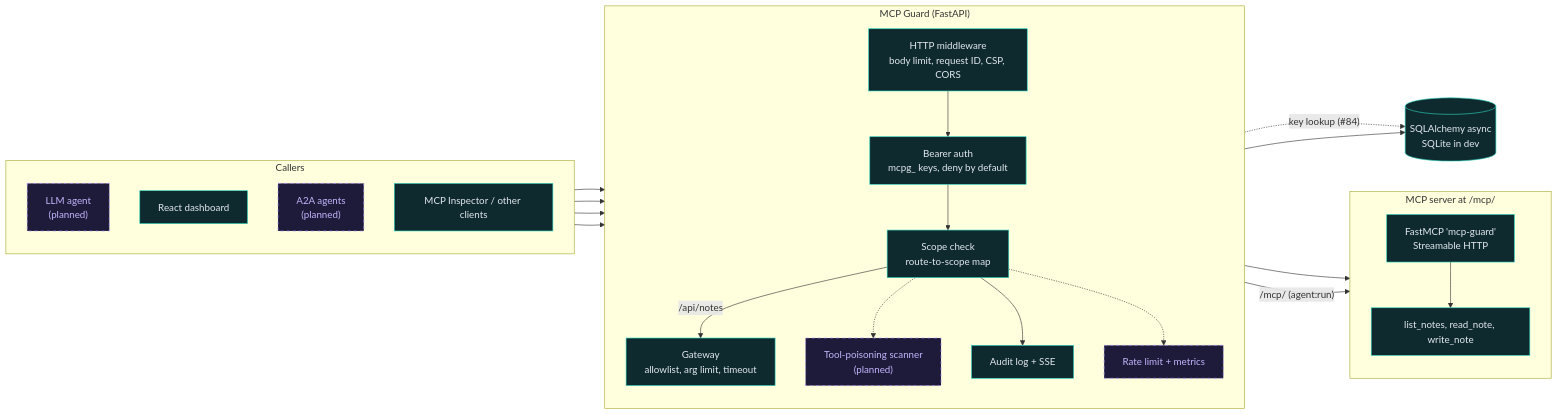
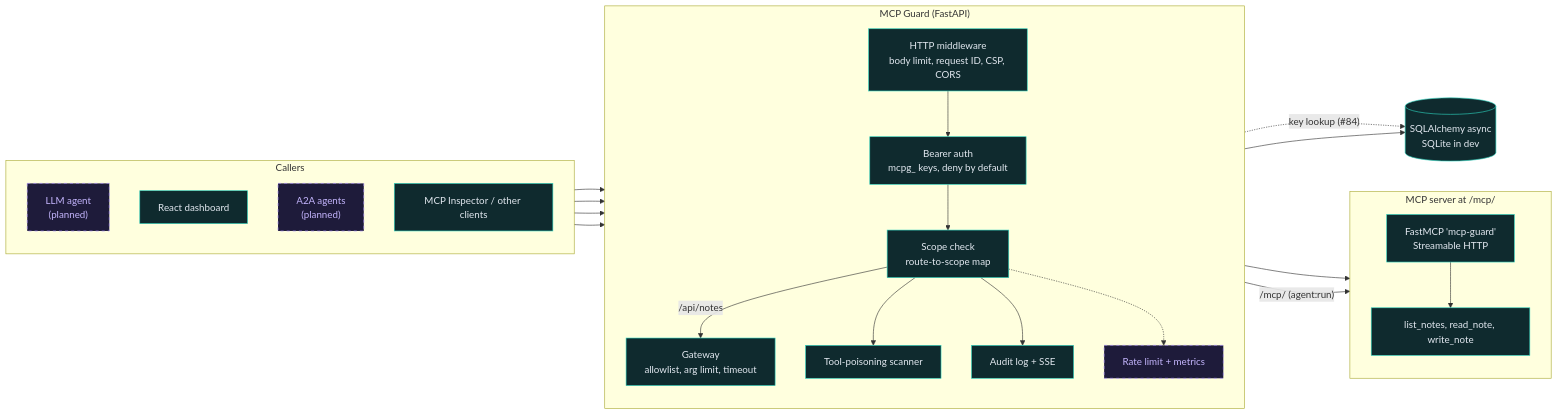
The first of 3 diagrams in README.md (aneek22112007-tech/mcp-a2a-secure), drawn with Mermaid before and after one commit. The commit also changed other lines of this file and 20 other files, not shown here.

Commit message:
feat: add rule-based tool poisoning scanner

````diff
--- a/README.md
+++ b/README.md
@@ -28,48 +28,48 @@
 ```mermaid
 flowchart LR
     subgraph CALLERS["Callers"]
         direction TB
         AG["LLM agent<br/>(planned)"]
         UI["React dashboard"]
         A2A["A2A agents<br/>(planned)"]
         INS["MCP Inspector / other clients"]
     end
 
     subgraph CORE["MCP Guard (FastAPI)"]
         direction TB
         MW["HTTP middleware<br/>body limit, request ID, CSP, CORS"]
         AUTH["Bearer auth<br/>mcpg_ keys, deny by default"]
         SC["Scope check<br/>route-to-scope map"]
         GW["Gateway<br/>allowlist, arg limit, timeout"]
-        SCAN["Tool-poisoning scanner<br/>(planned)"]
+        SCAN["Tool-poisoning scanner"]
         AUD["Audit log + SSE"]
         RL["Rate limit + metrics"]
     end
 
     subgraph TOOLS["MCP server at /mcp/"]
         direction TB
         MCP["FastMCP 'mcp-guard'<br/>Streamable HTTP"]
         T1["list_notes, read_note, write_note"]
     end
 
     DB[("SQLAlchemy async<br/>SQLite in dev")]
 
     AG --> MW
     UI --> MW
     A2A --> MW
     INS --> MW
     MW --> AUTH --> SC
     SC -->|"/api/notes"| GW --> MCP
     SC -->|"/mcp/ (agent:run)"| MCP
     MCP --> T1
-    SC -.-> SCAN
+    SC --> SCAN
     SC --> AUD
     SC -.-> RL
     AUTH -.->|"key lookup (#84)"| DB
     AUD --> DB
 
     classDef built fill:#0f2a2e,stroke:#2dd4bf,color:#e2e8f0
     classDef planned fill:#1e1b3a,stroke:#a78bfa,color:#c4b5fd,stroke-dasharray:5 5
-    class MW,AUTH,SC,GW,MCP,T1,UI,INS,DB,AUD built
-    class SCAN,RL,AG,A2A planned
+    class MW,AUTH,SC,GW,MCP,T1,UI,INS,DB,AUD,SCAN built
+    class RL,AG,A2A planned
 ```
````
